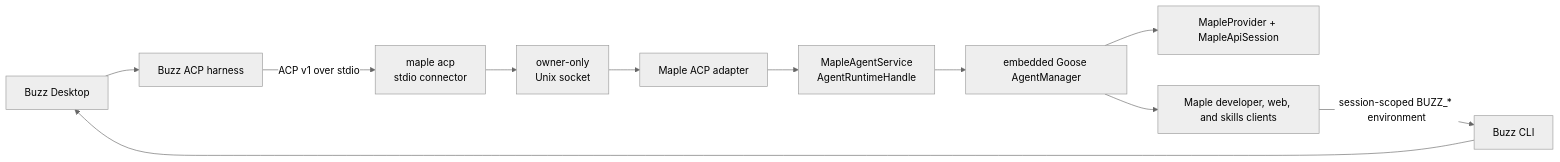
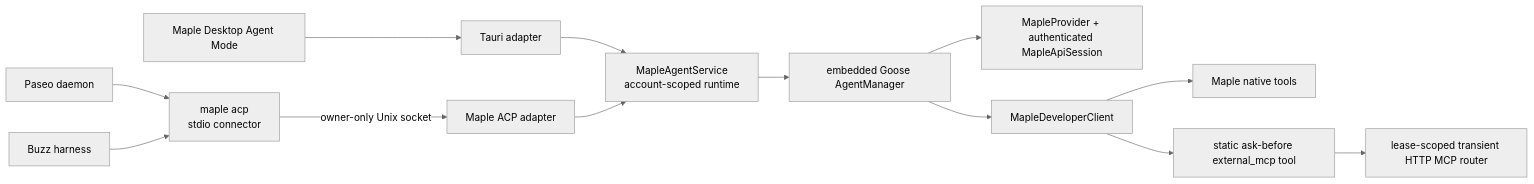
One commit to OpenSecretCloud/Maple changed the first of 3 diagrams in docs/agent-mode-acp.md. Above: the diagram before and after it, drawn with Mermaid (neutral theme). The commit also changed other lines of this file and 13 other files, not shown here.

Commit message:
feat(agent): expand ACP support for Paseo

````diff
--- a/docs/agent-mode-acp.md
+++ b/docs/agent-mode-acp.md
@@ -9,24 +9,15 @@
 ```mermaid
 flowchart LR
-    Buzz["Buzz Desktop"]
-    Harness["Buzz ACP harness"]
-    Connector["maple acp\nstdio connector"]
-    Socket["owner-only\nUnix socket"]
-    Adapter["Maple ACP adapter"]
-    Runtime["MapleAgentService\nAgentRuntimeHandle"]
-    Goose["embedded Goose AgentManager"]
-    Provider["MapleProvider + MapleApiSession"]
-    Tools["Maple developer, web, and skills clients"]
-    BuzzCli["Buzz CLI"]
-
-    Buzz --> Harness
-    Harness -->|"ACP v1 over stdio"| Connector
-    Connector --> Socket
-    Socket --> Adapter
-    Adapter --> Runtime
-    Runtime --> Goose
-    Goose --> Provider
-    Goose --> Tools
-    Tools -->|"session-scoped BUZZ_* environment"| BuzzCli
-    BuzzCli --> Buzz
+    Desktop["Maple Desktop Agent Mode"] --> Tauri["Tauri adapter"]
+    Paseo["Paseo daemon"] --> Connector["maple acp\nstdio connector"]
+    Buzz["Buzz harness"] --> Connector
+    Connector -->|"owner-only Unix socket"| ACP["Maple ACP adapter"]
+    Tauri --> Runtime["MapleAgentService\naccount-scoped runtime"]
+    ACP --> Runtime
+    Runtime --> Goose["embedded Goose AgentManager"]
+    Goose --> Provider["MapleProvider + authenticated MapleApiSession"]
+    Goose --> Developer["MapleDeveloperClient"]
+    Developer --> Native["Maple native tools"]
+    Developer --> Wrapper["static ask-before external_mcp tool"]
+    Wrapper --> Router["lease-scoped transient HTTP MCP router"]
 ```
````
